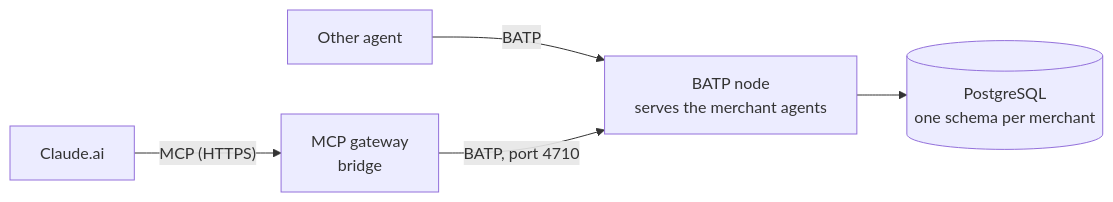
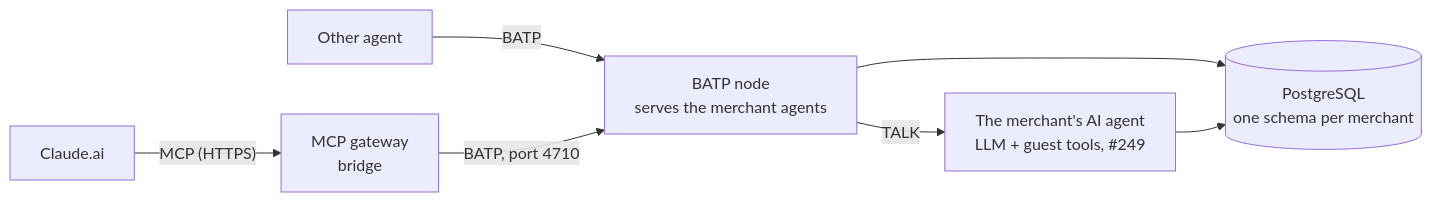
Before and after one commit to MaxEntz/BaselHack2026: the diagram in documentation/PROTOCOL.md, drawn with Mermaid. The commit also changed other lines of this file and 14 other files, not shown here.

````diff
--- a/documentation/PROTOCOL.md
+++ b/documentation/PROTOCOL.md
@@ -22,7 +24,9 @@
 ```mermaid
 flowchart LR
   C["Claude.ai"] -->|"MCP (HTTPS)"| GW["MCP gateway<br/>bridge"]
   O["Other agent"] -->|"BATP"| N
   GW -->|"BATP, port 4710"| N["BATP node<br/>serves the merchant agents"]
   N --> DB[("PostgreSQL<br/>one schema per merchant")]
+  N -->|"TALK"| A["The merchant's AI agent<br/>LLM + guest tools, #249"]
+  A --> DB
 ```
````
